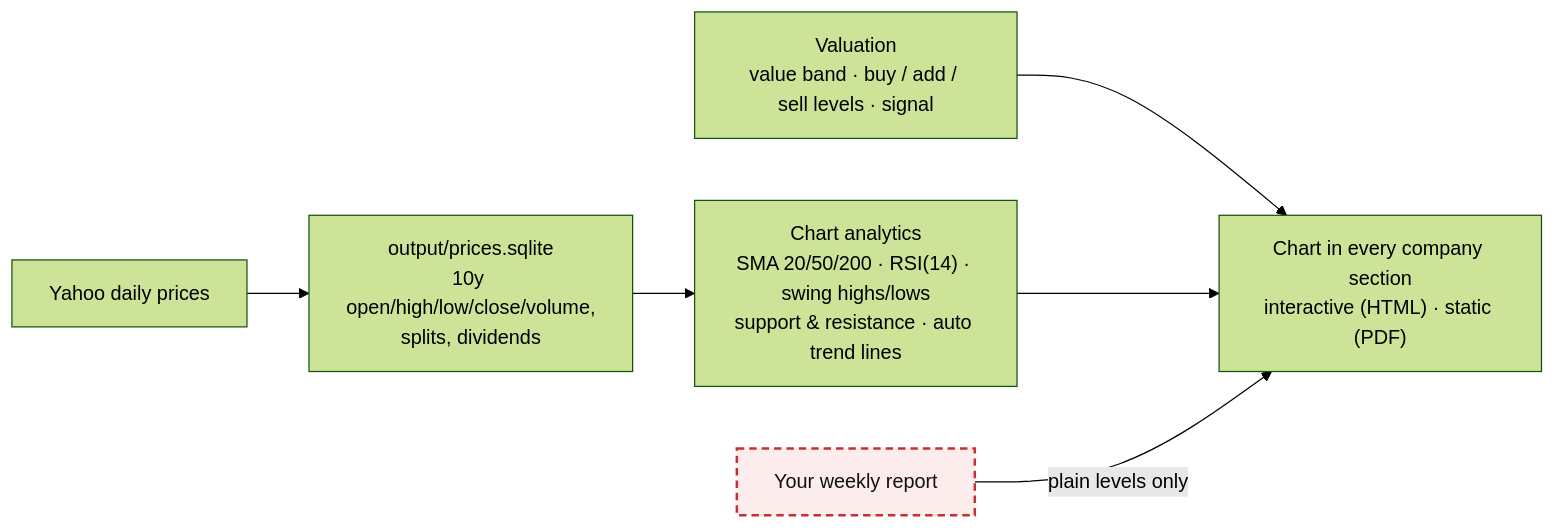
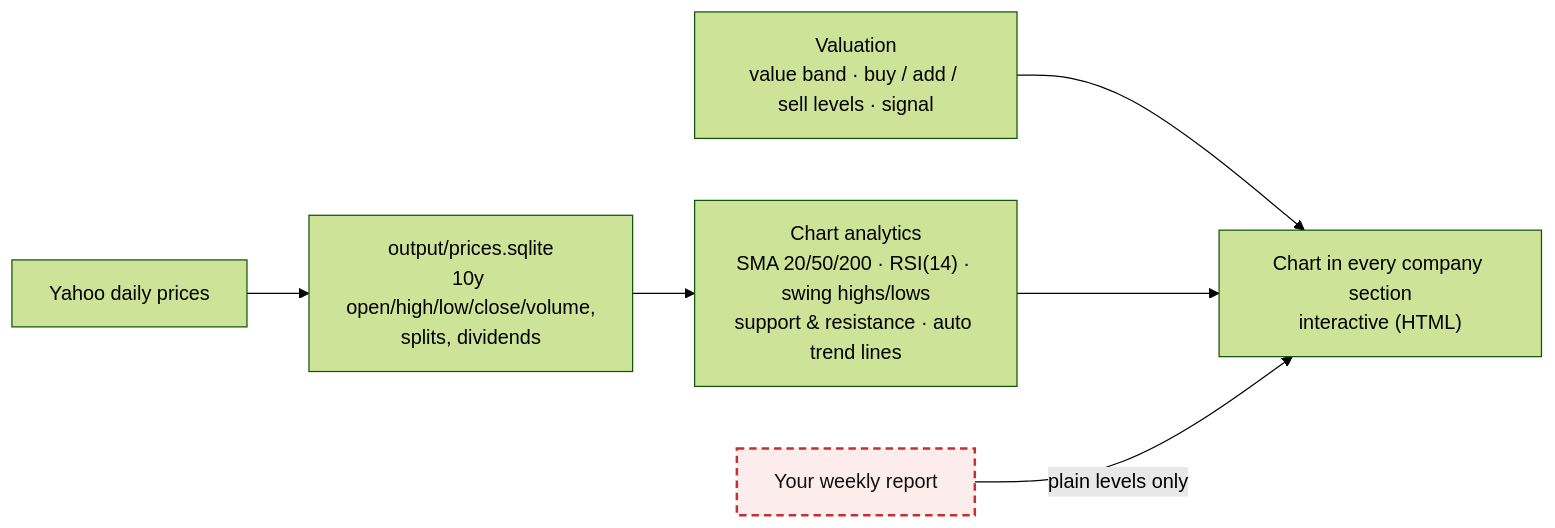
One commit to vijayvadapalli/value-screener changed the fifth of 5 diagrams in docs/ARCHITECTURE.md. Above: the diagram before and after it, drawn with Mermaid (forest theme). The commit also changed other lines of this file and 36 other files, not shown here.

Commit message:
Removed PDF just HTML output

````diff
--- a/docs/ARCHITECTURE.md
+++ b/docs/ARCHITECTURE.md
@@ -243,10 +243,10 @@
 ```mermaid
 flowchart LR
   classDef next fill:#FFFFFF,stroke:#2B6CB0,stroke-width:2px,stroke-dasharray:6 4,color:#111
   classDef priv fill:#FDECEC,stroke:#C53030,stroke-width:2px,stroke-dasharray:6 4,color:#111
   Y["Yahoo daily prices"] --> DB["output/prices.sqlite<br/>10y open/high/low/close/volume,<br/>splits, dividends"]
   DB --> TA["Chart analytics<br/>SMA 20/50/200 · RSI(14) · swing highs/lows<br/>support & resistance · auto trend lines"]
   V["Valuation<br/>value band · buy / add / sell levels · signal"] --> CH
-  TA --> CH["Chart in every company section<br/>interactive (HTML) · static (PDF)"]
+  TA --> CH["Chart in every company section<br/>interactive (HTML)"]
   W["Your weekly report"]:::priv -- "plain levels only" --> CH
 ```
````
